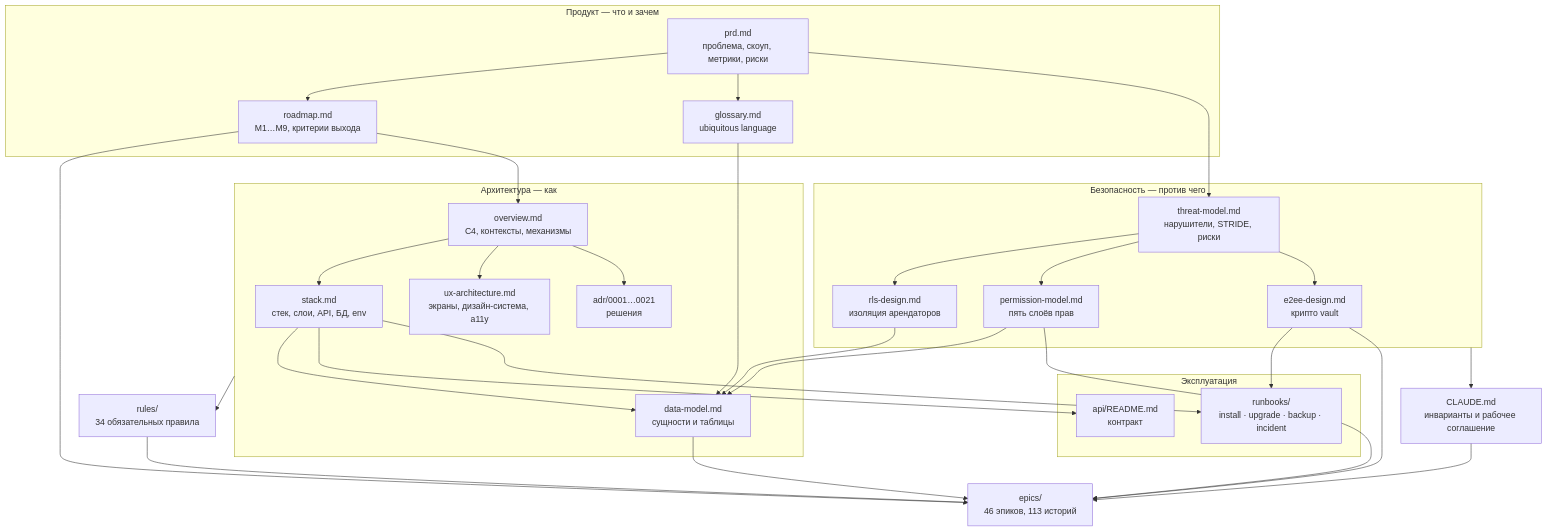
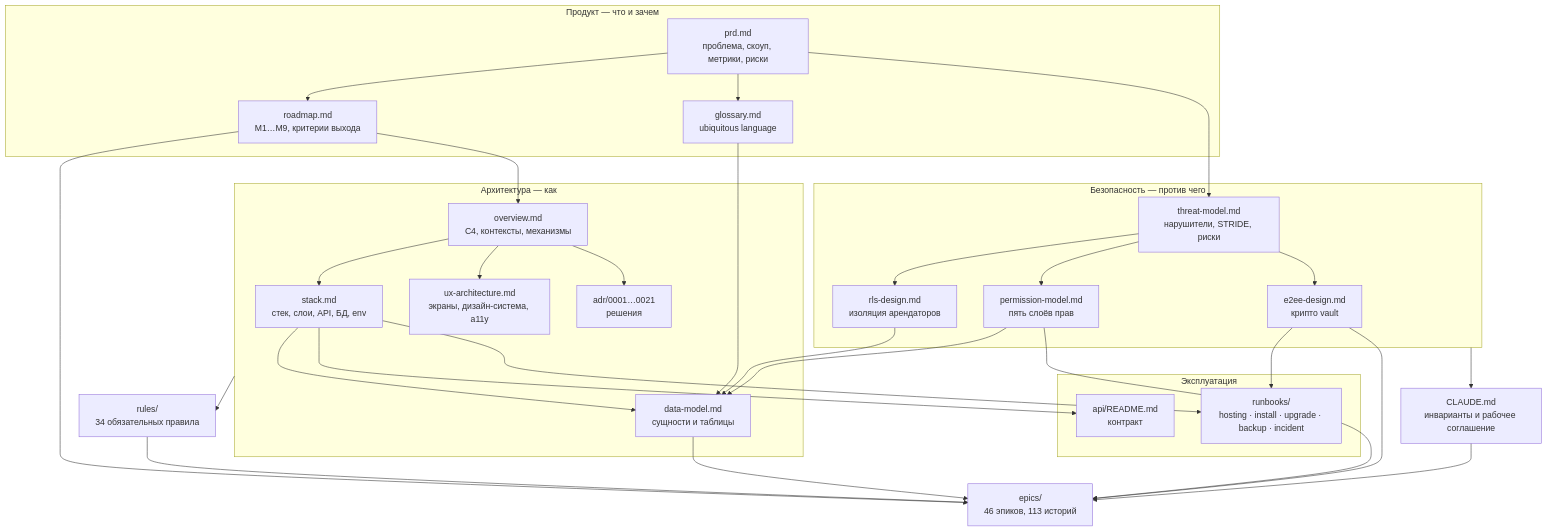
One commit to code0verdose/bad-crm changed the diagram in docs/README.md. Above: the diagram before and after it, drawn with Mermaid. The commit also changed other lines of this file and 72 other files, not shown here.

````diff
--- a/docs/README.md
+++ b/docs/README.md
@@ -101,55 +103,55 @@
 ```mermaid
 flowchart TB
     subgraph product["Продукт — что и зачем"]
         prd["prd.md<br/>проблема, скоуп, метрики, риски"]
         road["roadmap.md<br/>M1…M9, критерии выхода"]
         gloss["glossary.md<br/>ubiquitous language"]
     end
 
     subgraph arch["Архитектура — как"]
         over["overview.md<br/>C4, контексты, механизмы"]
         stack["stack.md<br/>стек, слои, API, БД, env"]
         data["data-model.md<br/>сущности и таблицы"]
         ux["ux-architecture.md<br/>экраны, дизайн-система, a11y"]
         adr["adr/0001…0021<br/>решения"]
     end
 
     subgraph sec["Безопасность — против чего"]
         threat["threat-model.md<br/>нарушители, STRIDE, риски"]
         rls["rls-design.md<br/>изоляция арендаторов"]
         perm["permission-model.md<br/>пять слоёв прав"]
         e2ee["e2ee-design.md<br/>крипто vault"]
     end
 
     subgraph ops["Эксплуатация"]
         api["api/README.md<br/>контракт"]
-        run["runbooks/<br/>install · upgrade · backup · incident"]
+        run["runbooks/<br/>hosting · install · upgrade · backup · incident"]
     end
 
     epics["epics/<br/>46 эпиков, 113 историй"]
     rules["rules/<br/>34 обязательных правила"]
     claude["CLAUDE.md<br/>инварианты и рабочее соглашение"]
 
     prd --> road --> epics
     prd --> gloss --> data
     prd --> threat
     road --> over
     over --> stack --> data
     over --> ux
     stack --> api
     stack --> run
     over --> adr
     threat --> rls
     threat --> perm
     threat --> e2ee
     rls --> data
     perm --> data
     e2ee --> run
     data --> epics
     perm --> epics
     e2ee --> epics
     sec --> claude
     arch --> rules
     rules --> epics
     claude --> epics
 ```
````
